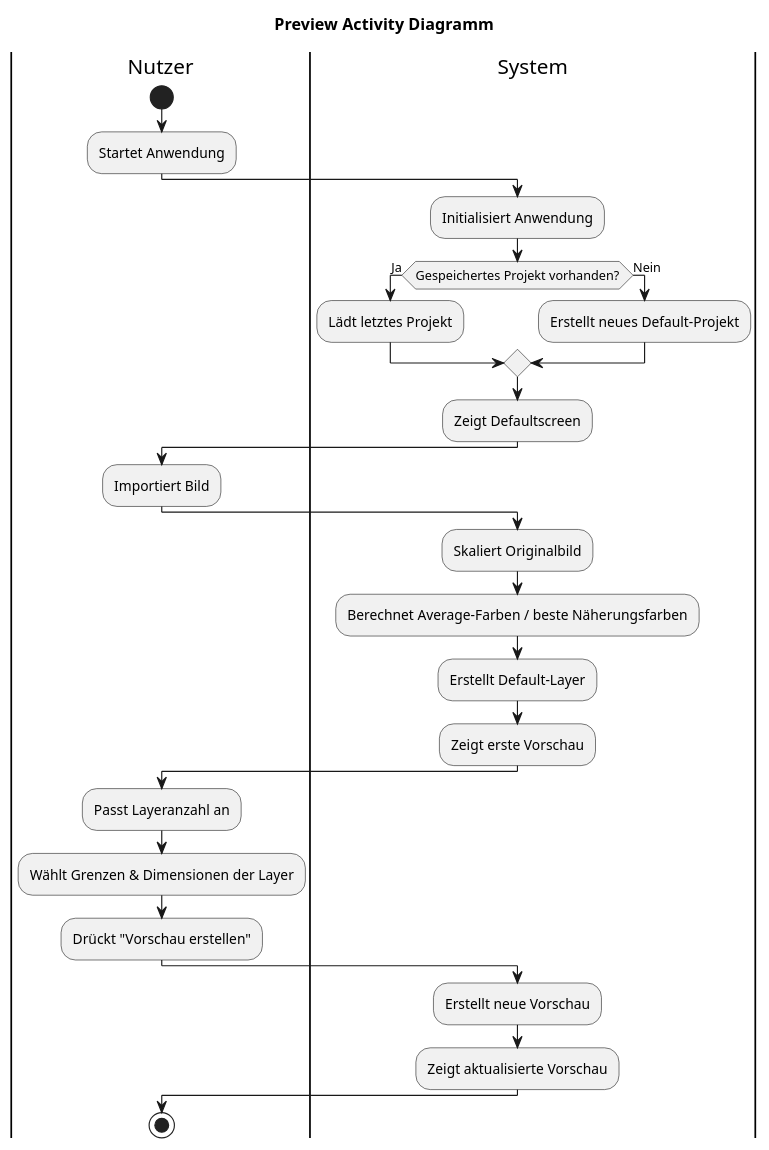
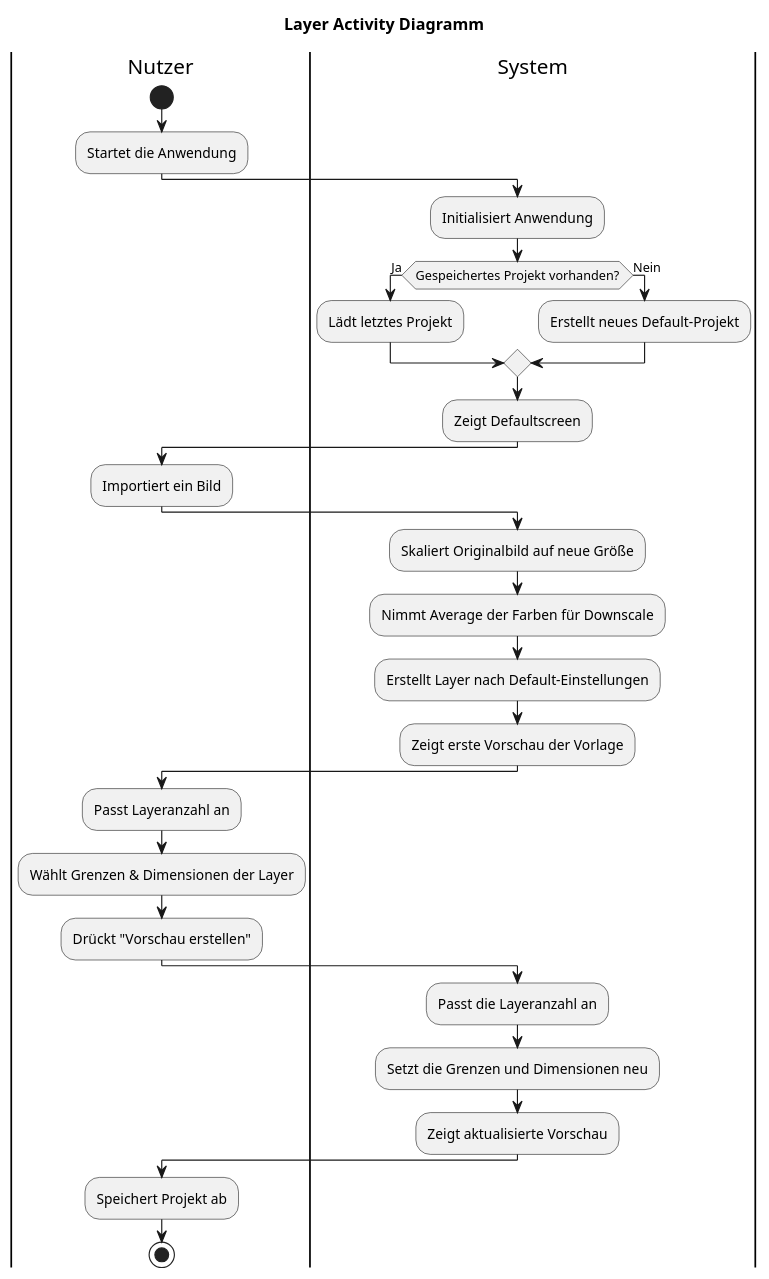
The diagram in ActivityDiaBildvorschau.puml (Karma-chocolate/SWE-Labor), drawn with PlantUML before and after one commit.

Commit message:
Update ActivityDiaBildvorschau.puml
fix

```diff
--- a/ActivityDiaBildvorschau.puml
+++ b/ActivityDiaBildvorschau.puml
@@ -1,37 +1,39 @@
 @startuml
-title Preview Activity Diagramm
+title Layer Activity Diagramm
 
 |Nutzer|
 start
-:Startet Anwendung;
+:Startet die Anwendung;
 
 |System|
 :Initialisiert Anwendung;
 if (Gespeichertes Projekt vorhanden?) then (Ja)
   :Lädt letztes Projekt;
 else (Nein)
   :Erstellt neues Default-Projekt;
 endif
 :Zeigt Defaultscreen;
 
 |Nutzer|
-:Importiert Bild;
+:Importiert ein Bild;
 
 |System|
-:Skaliert Originalbild;
-:Berechnet Average-Farben / beste Näherungsfarben;
-:Erstellt Default-Layer;
-:Zeigt erste Vorschau;
+:Skaliert Originalbild auf neue Größe;
+:Nimmt Average der Farben für Downscale;
+:Erstellt Layer nach Default-Einstellungen;
+:Zeigt erste Vorschau der Vorlage;
 
 |Nutzer|
 :Passt Layeranzahl an;
 :Wählt Grenzen & Dimensionen der Layer;
 :Drückt "Vorschau erstellen";
 
 |System|
-:Erstellt neue Vorschau;
+:Passt die Layeranzahl an;
+:Setzt die Grenzen und Dimensionen neu;
 :Zeigt aktualisierte Vorschau;
 
 |Nutzer|
+:Speichert Projekt ab;
 stop
 @enduml 
```
